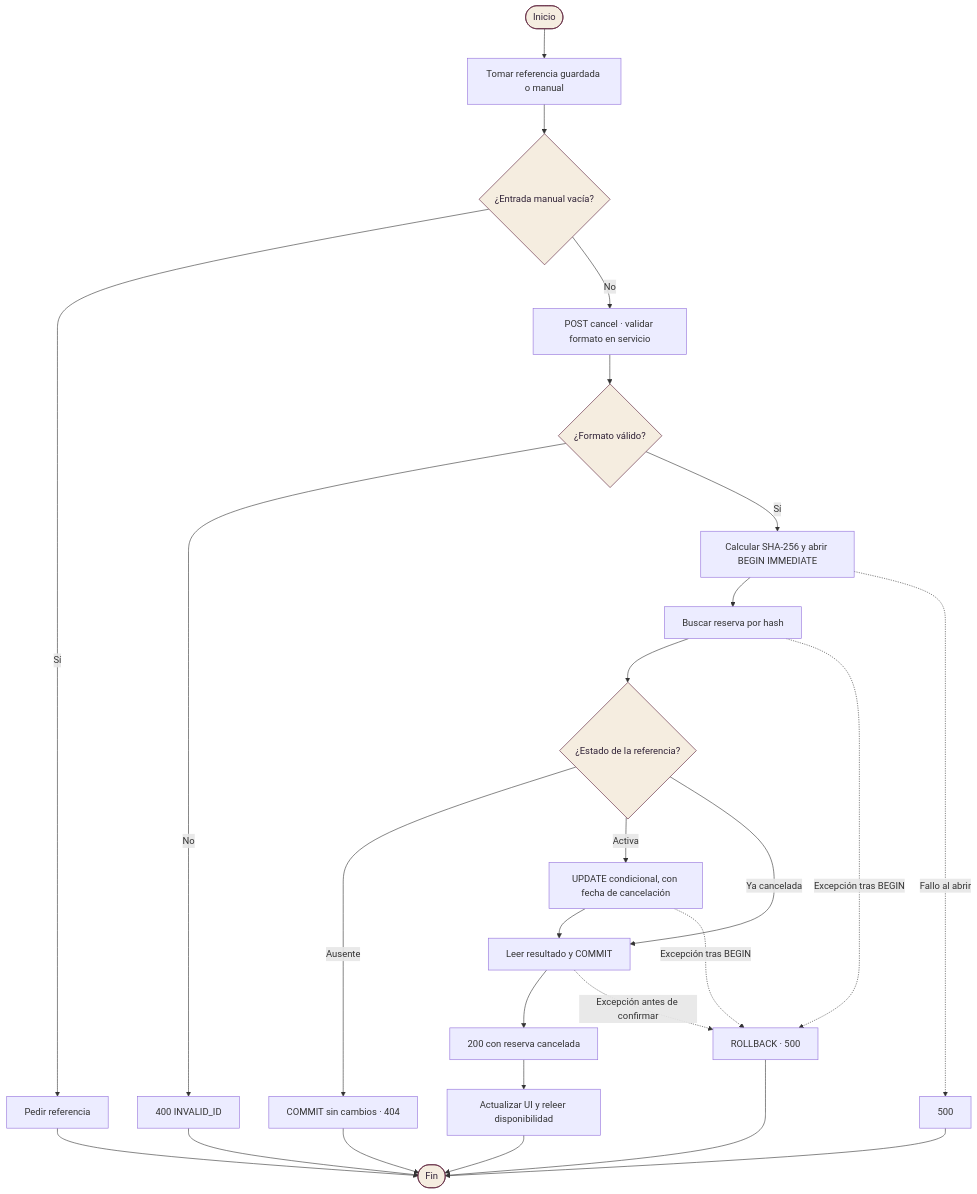
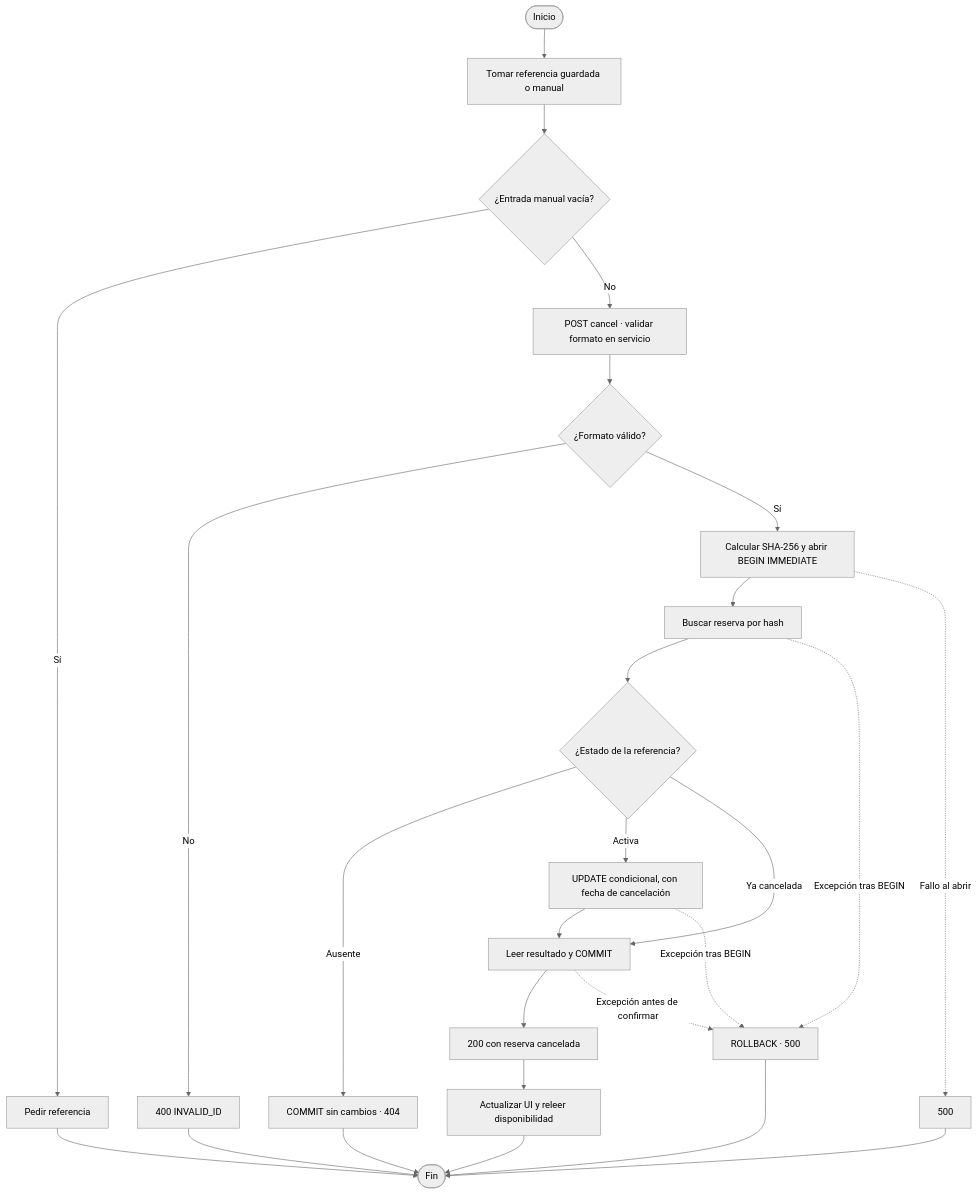
Before and after one commit to magomez36/FIAVL_Arquitectura-de-Software: the diagram in docs/architecture/03-vista-procesos/actividades/ACTV-03-cancelar-reserva.md, drawn with Mermaid. The commit also changed 143 other files, not shown here.

Commit message:
docs(architecture): simplifica documentacion y corrige exportacion completa del PDF

````diff
--- a/docs/architecture/03-vista-procesos/actividades/ACTV-03-cancelar-reserva.md
+++ b/docs/architecture/03-vista-procesos/actividades/ACTV-03-cancelar-reserva.md
@@ -7,24 +7,26 @@
 ```mermaid
+---
+config:
+  theme: neutral
+---
 flowchart TD
   I([Inicio]) --> R["Tomar referencia guardada o manual"]
   R --> X{"¿Entrada manual vacía?"}
   X -->|Sí| E["Pedir referencia"] --> F([Fin])
   X -->|No| S["POST cancel · validar formato en servicio"]
   S --> V{"¿Formato válido?"}
   V -->|No| T["400 INVALID_ID"] --> F
   V -->|Sí| B["Calcular SHA-256 y abrir BEGIN IMMEDIATE"]
   B --> D["Buscar reserva por hash"]
   D --> Q{"¿Estado de la referencia?"}
   Q -->|Ausente| N["COMMIT sin cambios · 404"] --> F
   Q -->|Activa| A["UPDATE condicional, con fecha de cancelación"] --> L["Leer resultado y COMMIT"]
   Q -->|Ya cancelada| L
   L --> H["200 con reserva cancelada"]
   H --> U["Actualizar UI y releer disponibilidad"] --> F
   D -.->|Excepción tras BEGIN| Y["ROLLBACK · 500"]
   A -.->|Excepción tras BEGIN| Y
   L -.->|Excepción antes de confirmar| Y
   B -.->|Fallo al abrir| O["500"] --> F
   Y --> F
-  classDef accent fill:#F5EDE0,stroke:#591C37,color:#302237
-  class I,F,X,V,Q accent
 ```
````
